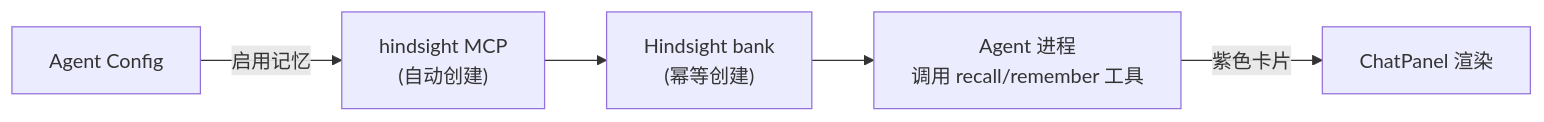
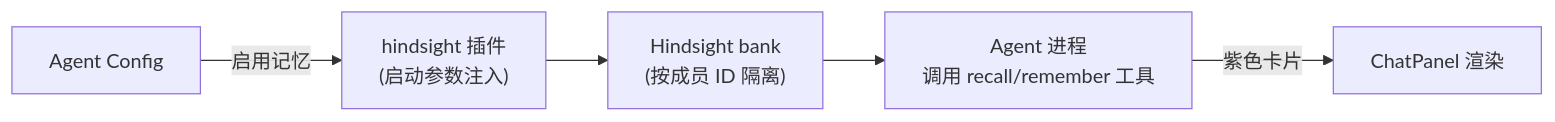
One commit to HuangPuStar/FenixAgent changed the diagram in docs/arch/06-config-hindsight.md. Above: the diagram before and after it, drawn with Mermaid. The commit also changed other lines of this file and 1140 other files, not shown here.

````diff
--- a/docs/arch/06-config-hindsight.md
+++ b/docs/arch/06-config-hindsight.md
@@ -11,7 +11,7 @@
 ```mermaid
 flowchart LR
-    AC[Agent Config] -->|"启用记忆"| HM["hindsight MCP<br/>(自动创建)"]
-    HM --> BK["Hindsight bank<br/>(幂等创建)"]
+    AC[Agent Config] -->|"启用记忆"| HM["hindsight 插件<br/>(启动参数注入)"]
+    HM --> BK["Hindsight bank<br/>(按成员 ID 隔离)"]
     BK --> AG["Agent 进程<br/>调用 recall/remember 工具"]
     AG -->|"紫色卡片"| FE[ChatPanel 渲染]
 ```
````
